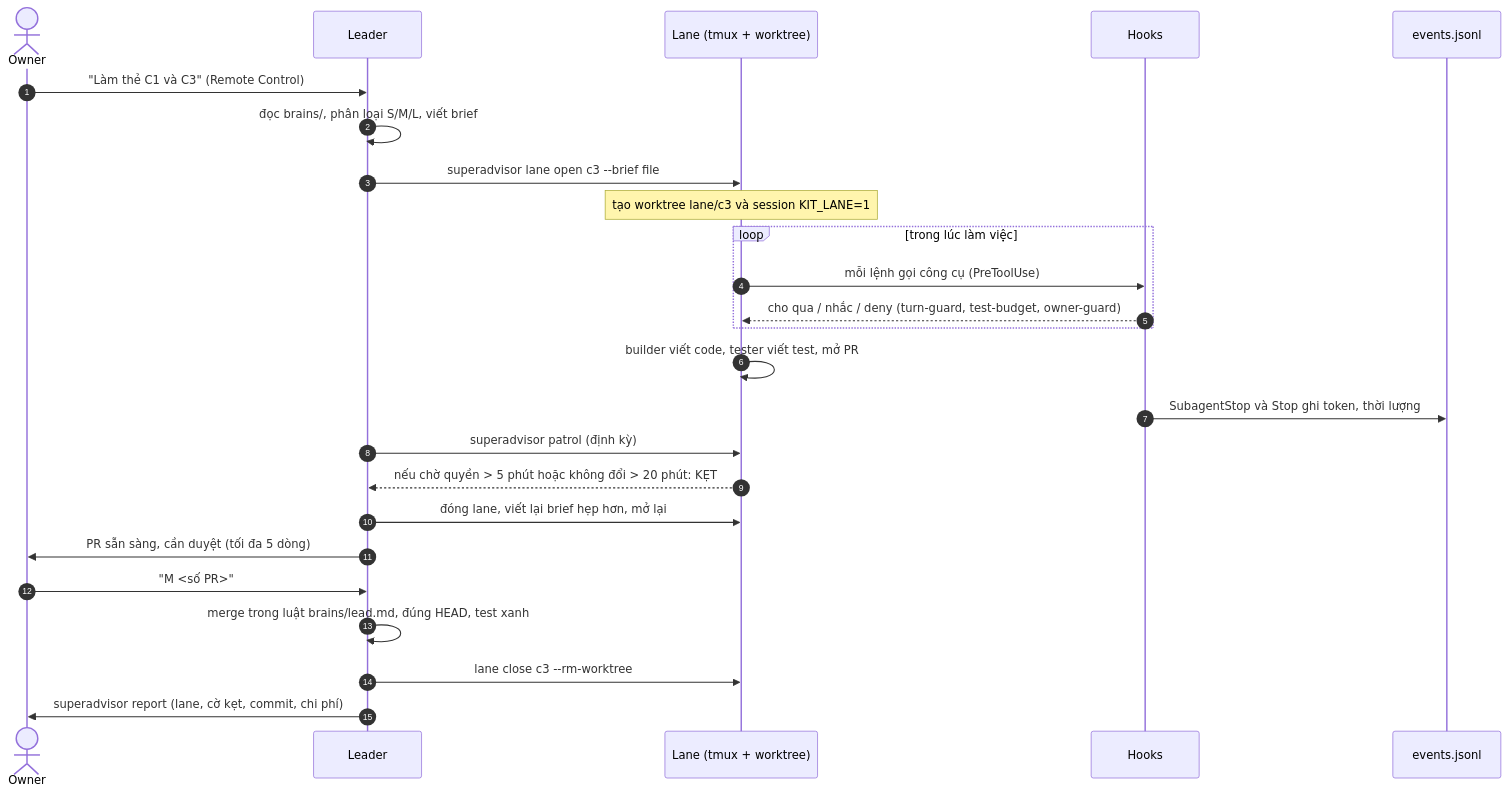
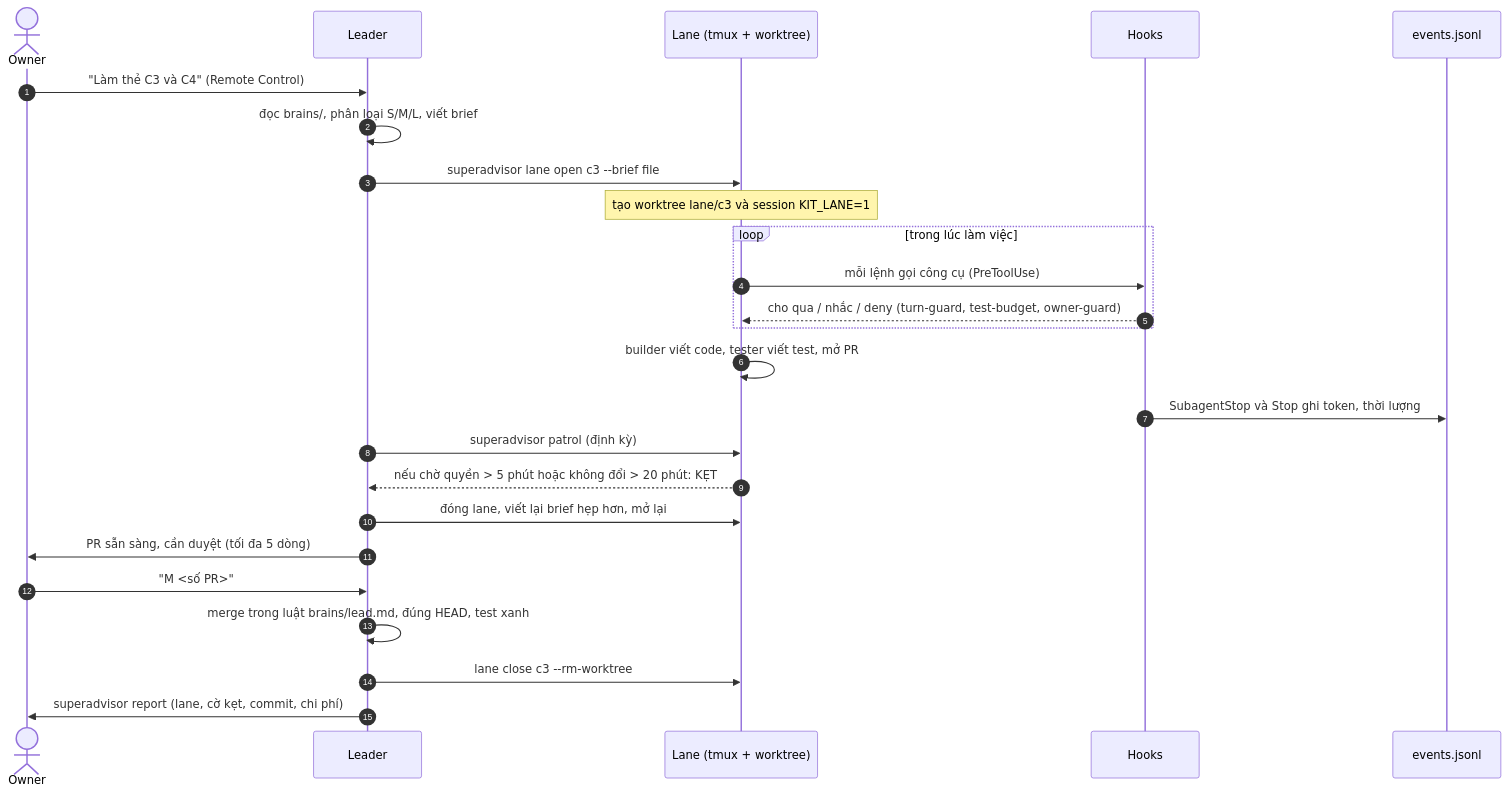
Before and after one commit to trungungtoan-agilityio/AgiAgentKit: the second of 2 diagrams in docs/architecture.vi.md, drawn with Mermaid. The commit also changed 26 other files, not shown here.

````diff
--- a/docs/architecture.vi.md
+++ b/docs/architecture.vi.md
@@ -42,27 +42,27 @@
 ```mermaid
 sequenceDiagram
   autonumber
   actor Owner
   participant Leader
   participant Lane as Lane (tmux + worktree)
   participant Hooks
   participant Events as events.jsonl
-  Owner->>Leader: "Làm thẻ C1 và C3" (Remote Control)
+  Owner->>Leader: "Làm thẻ C3 và C4" (Remote Control)
   Leader->>Leader: đọc brains/, phân loại S/M/L, viết brief
   Leader->>Lane: superadvisor lane open c3 --brief file
   Note over Lane: tạo worktree lane/c3 và session KIT_LANE=1
   loop trong lúc làm việc
     Lane->>Hooks: mỗi lệnh gọi công cụ (PreToolUse)
     Hooks-->>Lane: cho qua / nhắc / deny (turn-guard, test-budget, owner-guard)
   end
   Lane->>Lane: builder viết code, tester viết test, mở PR
   Hooks->>Events: SubagentStop và Stop ghi token, thời lượng
   Leader->>Lane: superadvisor patrol (định kỳ)
   Lane-->>Leader: nếu chờ quyền > 5 phút hoặc không đổi > 20 phút: KẸT
   Leader->>Lane: đóng lane, viết lại brief hẹp hơn, mở lại
   Leader->>Owner: PR sẵn sàng, cần duyệt (tối đa 5 dòng)
   Owner->>Leader: "M <số PR>"
   Leader->>Leader: merge trong luật brains/lead.md, đúng HEAD, test xanh
   Leader->>Lane: lane close c3 --rm-worktree
   Leader->>Owner: superadvisor report (lane, cờ kẹt, commit, chi phí)
 ```
````
